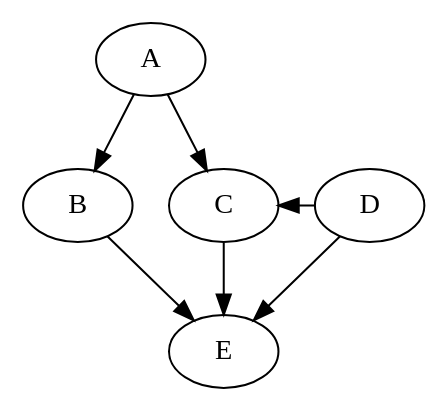
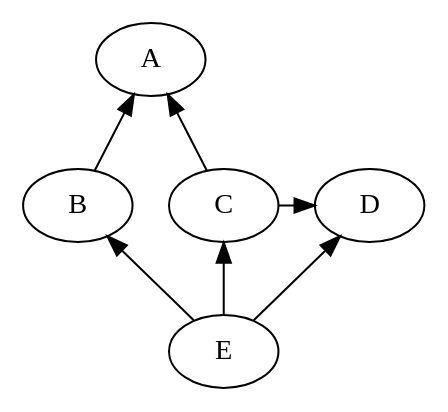
Before and after one commit to vaibhavsagar/presentations: the diagram in tarjans-scc/images/dag.dot, drawn with Graphviz. The commit also changed 3 other files, not shown here.

```diff
--- a/tarjans-scc/images/dag.dot
+++ b/tarjans-scc/images/dag.dot
@@ -1,8 +1,8 @@
 digraph {
-    A -> { B C }
-    B -> E
-    C -> E
-    C -> D [dir=back]
-    D -> E
+    A -> { B C } [dir=back]
+    B -> E [dir=back]
+    C -> E [dir=back]
+    C -> D
+    D -> E [dir=back]
     {rank=same; B C D}
 }
```
